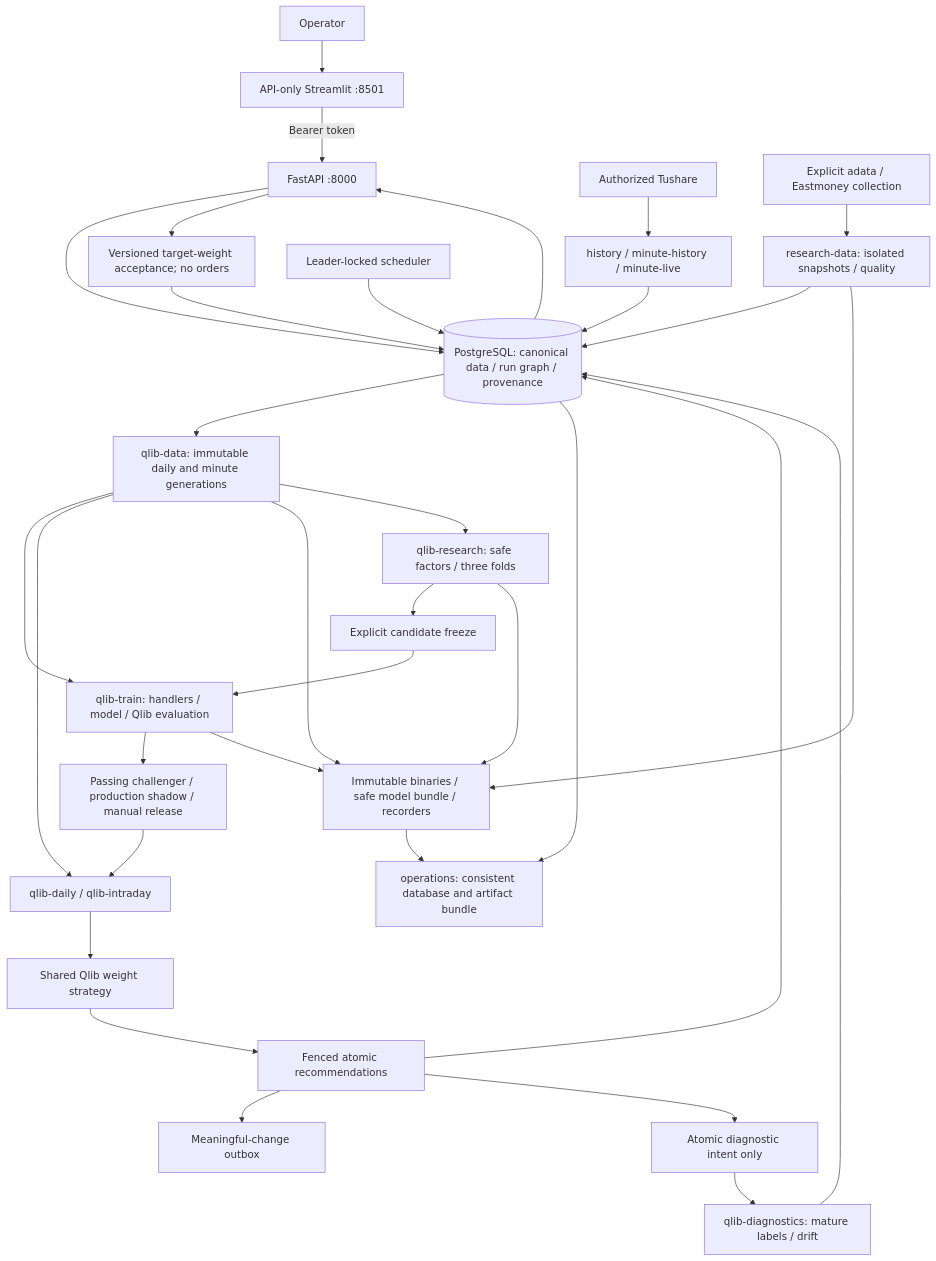
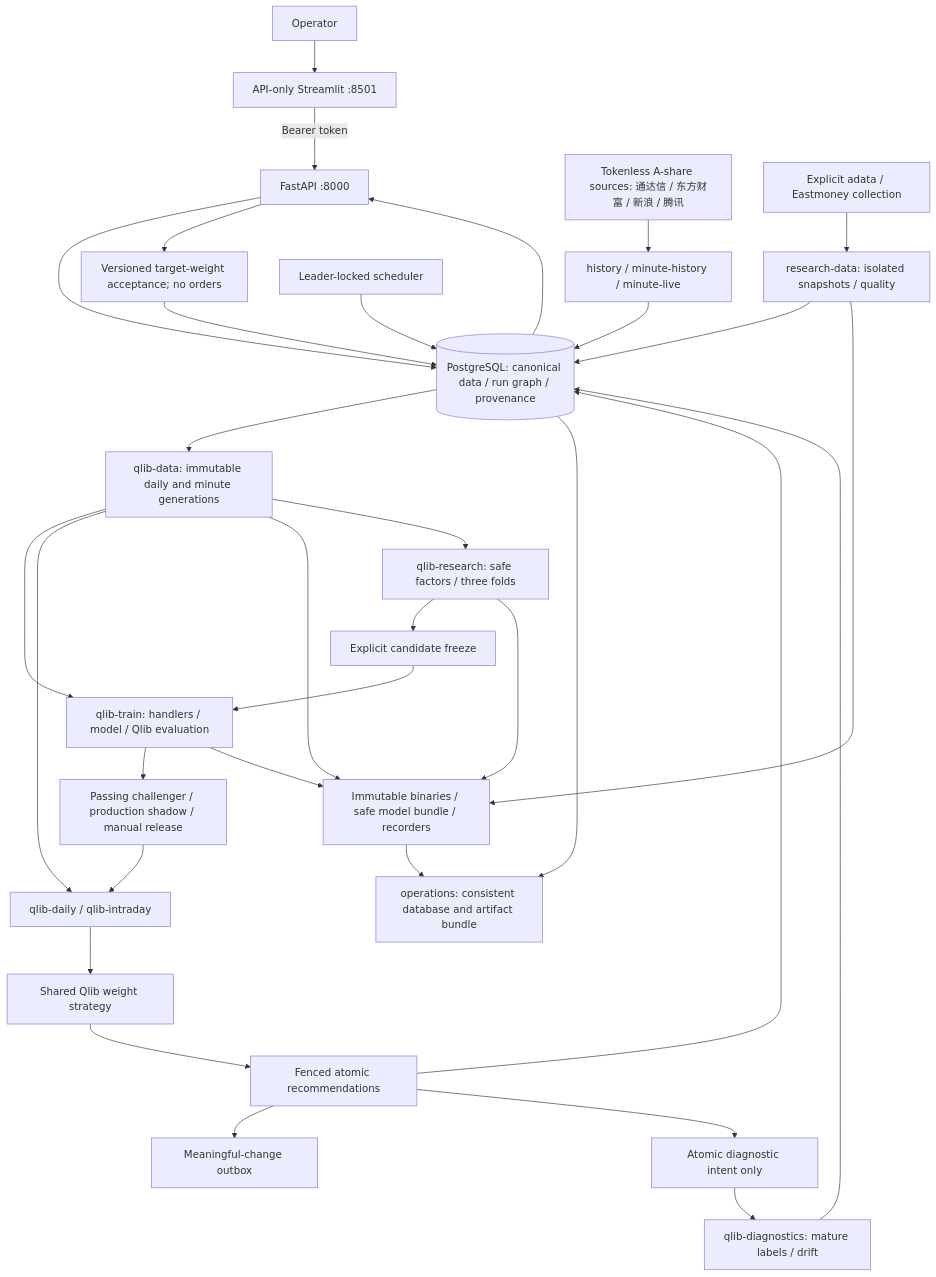
Before and after one commit to youtaya/quap: the diagram in docs/系统架构设计.md, drawn with Mermaid. The commit also changed other lines of this file and 66 other files, not shown here.

````diff
--- a/docs/系统架构设计.md
+++ b/docs/系统架构设计.md
@@ -19,35 +19,35 @@
 ```mermaid
 flowchart TB
   operator[Operator] --> dashboard[API-only Streamlit :8501]
   dashboard -->|Bearer token| api[FastAPI :8000]
   api --> pg[(PostgreSQL: canonical data / run graph / provenance)]
-  source[Authorized Tushare] --> ingest[history / minute-history / minute-live]
+  source[Tokenless A-share sources: 通达信 / 东方财富 / 新浪 / 腾讯] --> ingest[history / minute-history / minute-live]
   ingest --> pg
   pg --> prepare[qlib-data: immutable daily and minute generations]
   prepare --> train[qlib-train: handlers / model / Qlib evaluation]
   train --> registry[Passing challenger / production shadow / manual release]
   registry --> infer[qlib-daily / qlib-intraday]
   prepare --> infer
   infer --> strategy[Shared Qlib weight strategy]
   strategy --> publish[Fenced atomic recommendations]
   publish --> pg
   pg --> api
   publish --> notify[Meaningful-change outbox]
   api --> accept[Versioned target-weight acceptance; no orders]
   accept --> pg
   scheduler[Leader-locked scheduler] --> pg
   pg --> backup[operations: consistent database and artifact bundle]
   prepare --> artifacts[Immutable binaries / safe model bundle / recorders]
   train --> artifacts
   artifacts --> backup
   optional[Explicit adata / Eastmoney collection] --> supplement[research-data: isolated snapshots / quality]
   supplement --> pg
   prepare --> experiments[qlib-research: safe factors / three folds]
   experiments --> frozen[Explicit candidate freeze]
   frozen --> train
   publish --> intent[Atomic diagnostic intent only]
   intent --> diagnostics[qlib-diagnostics: mature labels / drift]
   diagnostics --> pg
   experiments --> artifacts
   supplement --> artifacts
 ```
````
